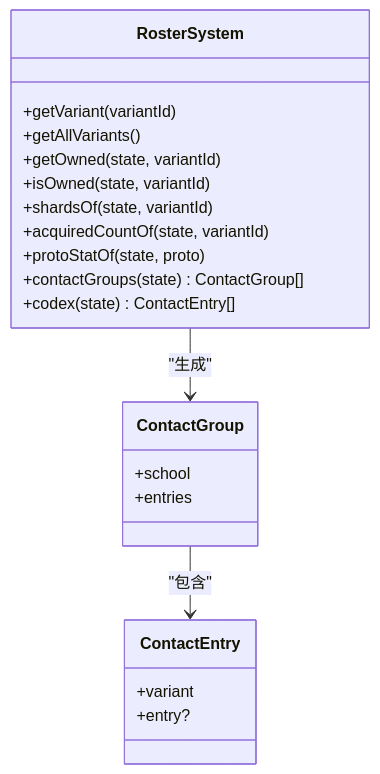
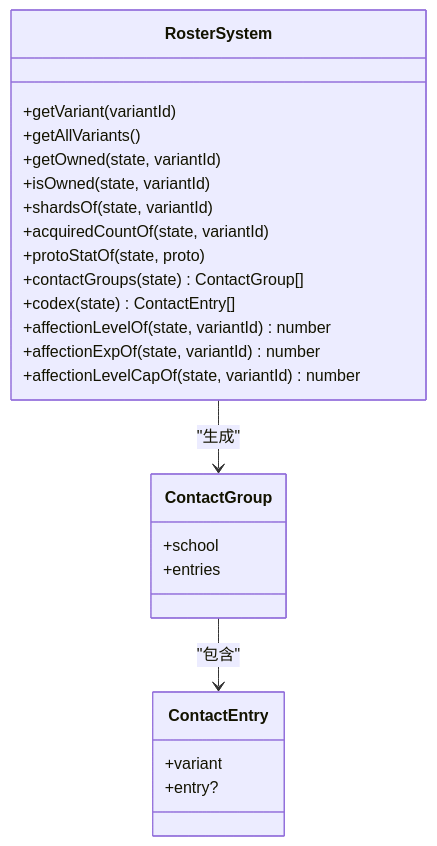
Before and after one commit to EsiLA9/Arona-Clicker: the fourth of 12 diagrams in .qoder/repowiki/zh/content/游戏系统/角色系统.md, drawn with Mermaid. The commit also changed other lines of this file and 79 other files, not shown here.

````diff
--- a/.qoder/repowiki/zh/content/游戏系统/角色系统.md
+++ b/.qoder/repowiki/zh/content/游戏系统/角色系统.md
@@ -190,24 +209,27 @@
 ```mermaid
 classDiagram
 class RosterSystem {
 +getVariant(variantId)
 +getAllVariants()
 +getOwned(state, variantId)
 +isOwned(state, variantId)
 +shardsOf(state, variantId)
 +acquiredCountOf(state, variantId)
 +protoStatOf(state, proto)
 +contactGroups(state) ContactGroup[]
 +codex(state) ContactEntry[]
++affectionLevelOf(state, variantId) number
++affectionExpOf(state, variantId) number
++affectionLevelCapOf(state, variantId) number
 }
 class ContactGroup {
 +school
 +entries
 }
 class ContactEntry {
 +variant
 +entry?
 }
 RosterSystem --> ContactGroup : "生成"
 ContactGroup --> ContactEntry : "包含"
 ```
````
